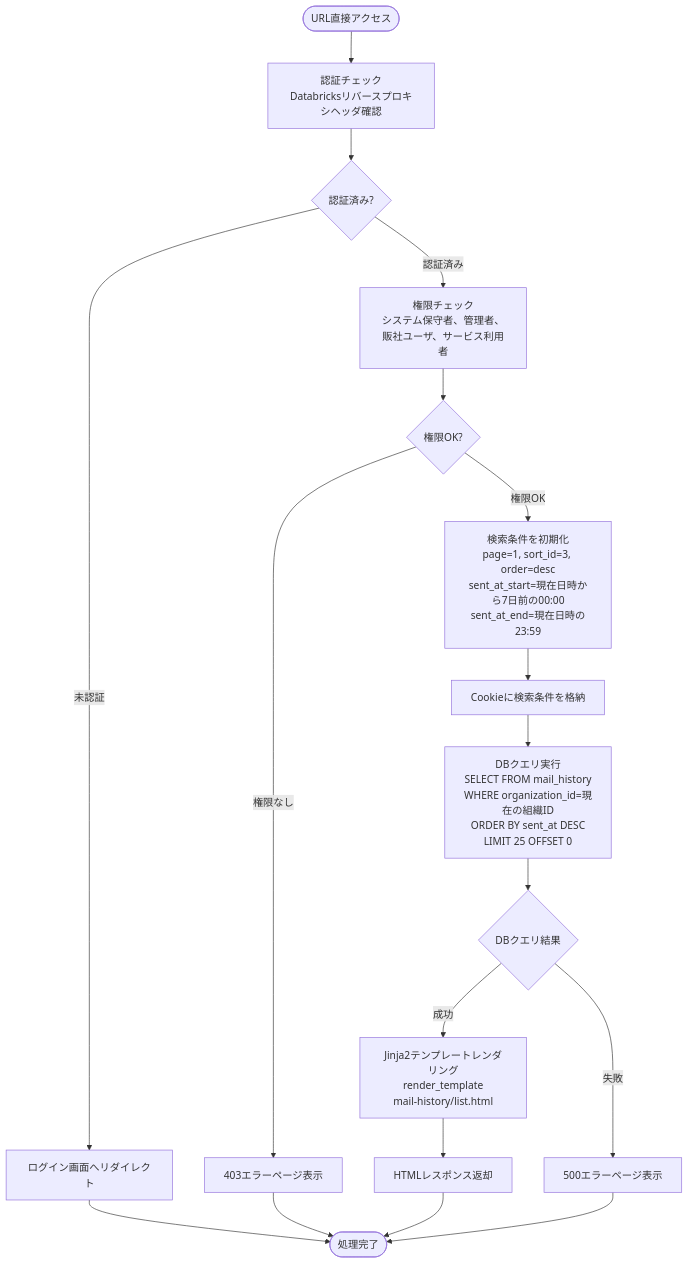
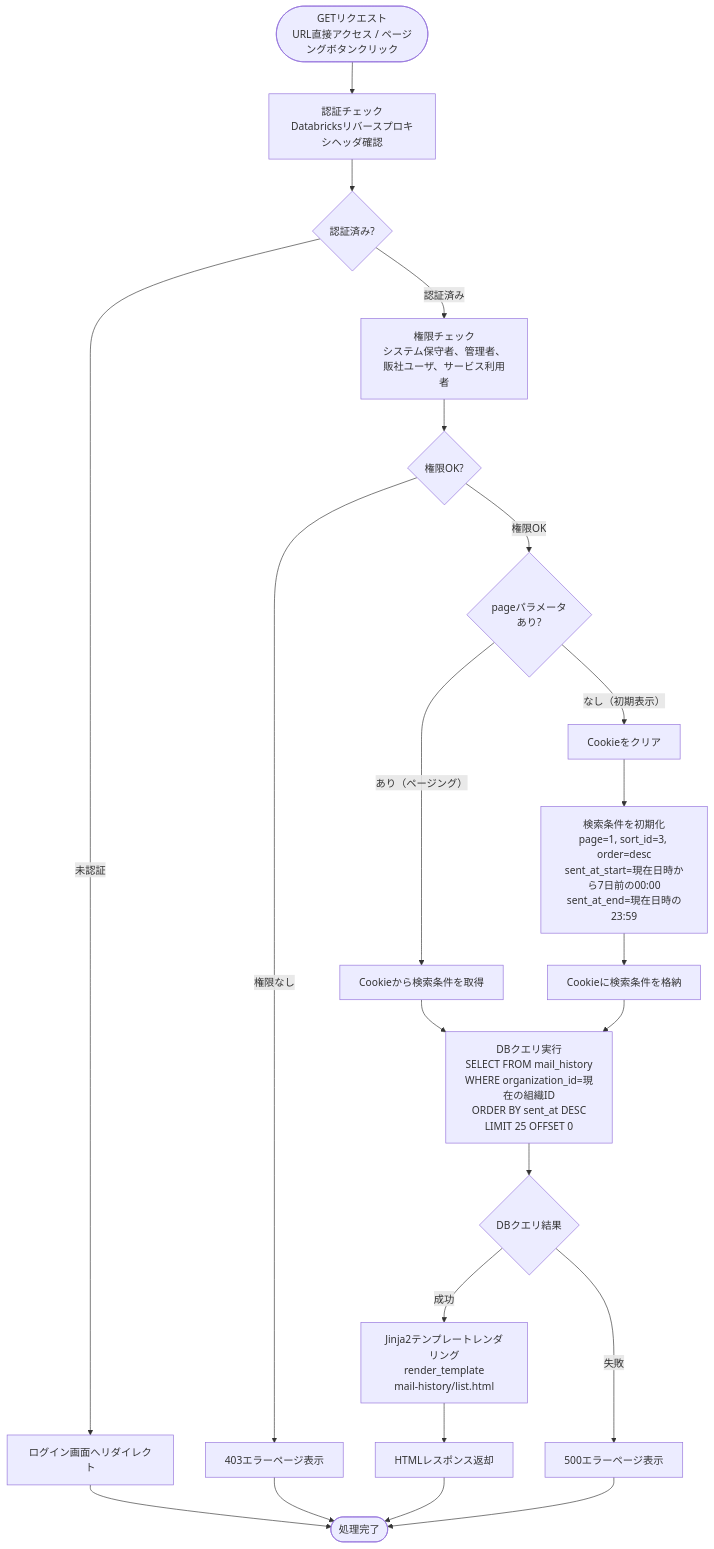
The first of 5 diagrams in docs/03-features/flask-app/mail-history/workflow-specification.md (NSW-SVCP-AIWG002/Databricks-IoT), drawn with Mermaid before and after one commit. The commit also changed other lines of this file, not shown here.

````diff
--- a/docs/03-features/flask-app/mail-history/workflow-specification.md
+++ b/docs/03-features/flask-app/mail-history/workflow-specification.md
@@ -102,25 +102,32 @@
 ```mermaid
 flowchart TD
-    Start([URL直接アクセス]) --> Auth[認証チェック<br>Databricksリバースプロキシヘッダ確認]
+    Start([GETリクエスト<br>URL直接アクセス / ページングボタンクリック]) --> Auth[認証チェック<br>Databricksリバースプロキシヘッダ確認]
     Auth --> CheckAuth{認証済み?}
     CheckAuth -->|未認証| LoginRedirect[ログイン画面へリダイレクト]
 
     CheckAuth -->|認証済み| Permission[権限チェック<br>システム保守者、管理者、販社ユーザ、サービス利用者]
     Permission --> CheckPerm{権限OK?}
     CheckPerm -->|権限なし| Error403[403エラーページ表示]
 
-    CheckPerm -->|権限OK| Init[検索条件を初期化<br>page=1, sort_id=3, order=desc<br>sent_at_start=現在日時から7日前の00:00<br>sent_at_end=現在日時の23:59]
+    CheckPerm -->|権限OK| CheckPage{pageパラメータ<br>あり?}
+
+    CheckPage -->|あり（ページング）| GetCookie[Cookieから検索条件を取得]
+    GetCookie --> Query
+
+    CheckPage -->|なし（初期表示）| ClearCookie[Cookieをクリア]
+    ClearCookie --> Init[検索条件を初期化<br>page=1, sort_id=3, order=desc<br>sent_at_start=現在日時から7日前の00:00<br>sent_at_end=現在日時の23:59]
     Init --> SetParams[Cookieに検索条件を格納]
     SetParams --> Query[DBクエリ実行<br>SELECT FROM mail_history<br>WHERE organization_id=現在の組織ID<br>ORDER BY sent_at DESC<br>LIMIT 25 OFFSET 0]
+
     Query --> CheckDB{DBクエリ結果}
 
     CheckDB -->|成功| Template[Jinja2テンプレートレンダリング<br>render_template<br>mail-history/list.html]
     Template --> Response[HTMLレスポンス返却]
 
     CheckDB -->|失敗| Error500[500エラーページ表示]
 
     LoginRedirect --> End([処理完了])
     Error403 --> End
     Response --> End
     Error500 --> End
 ```
````
